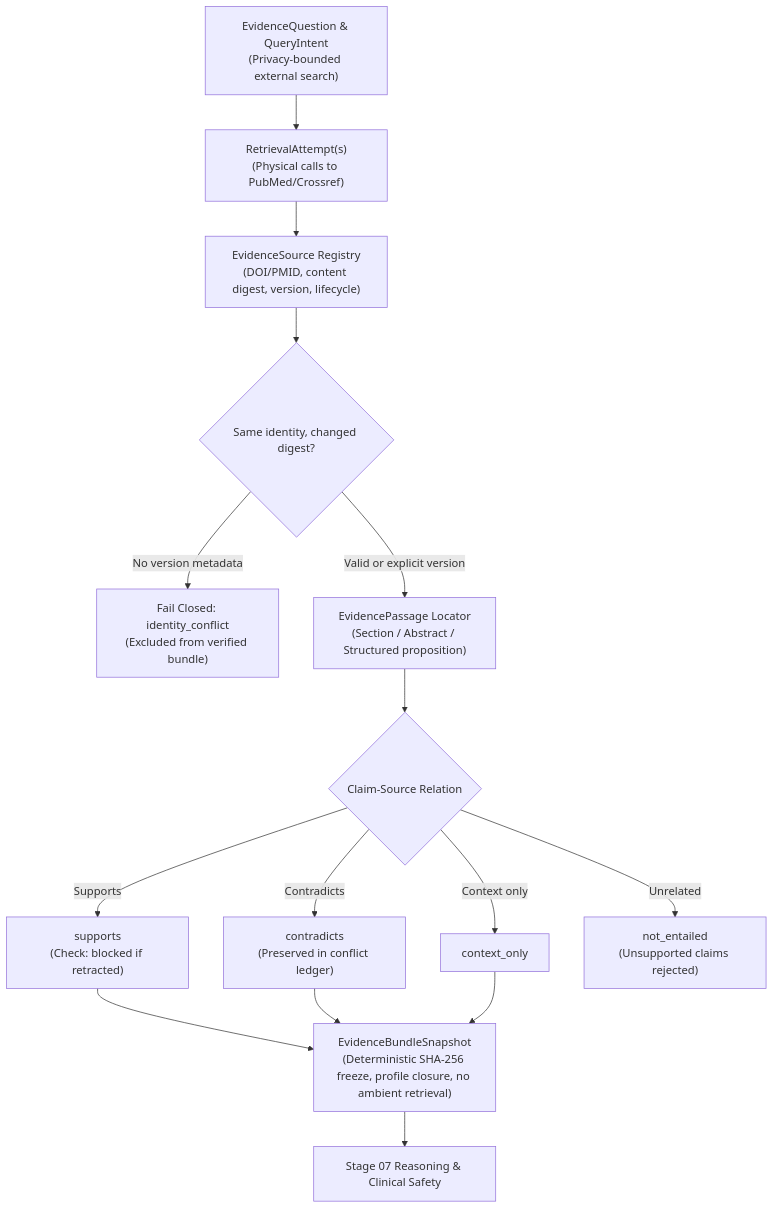
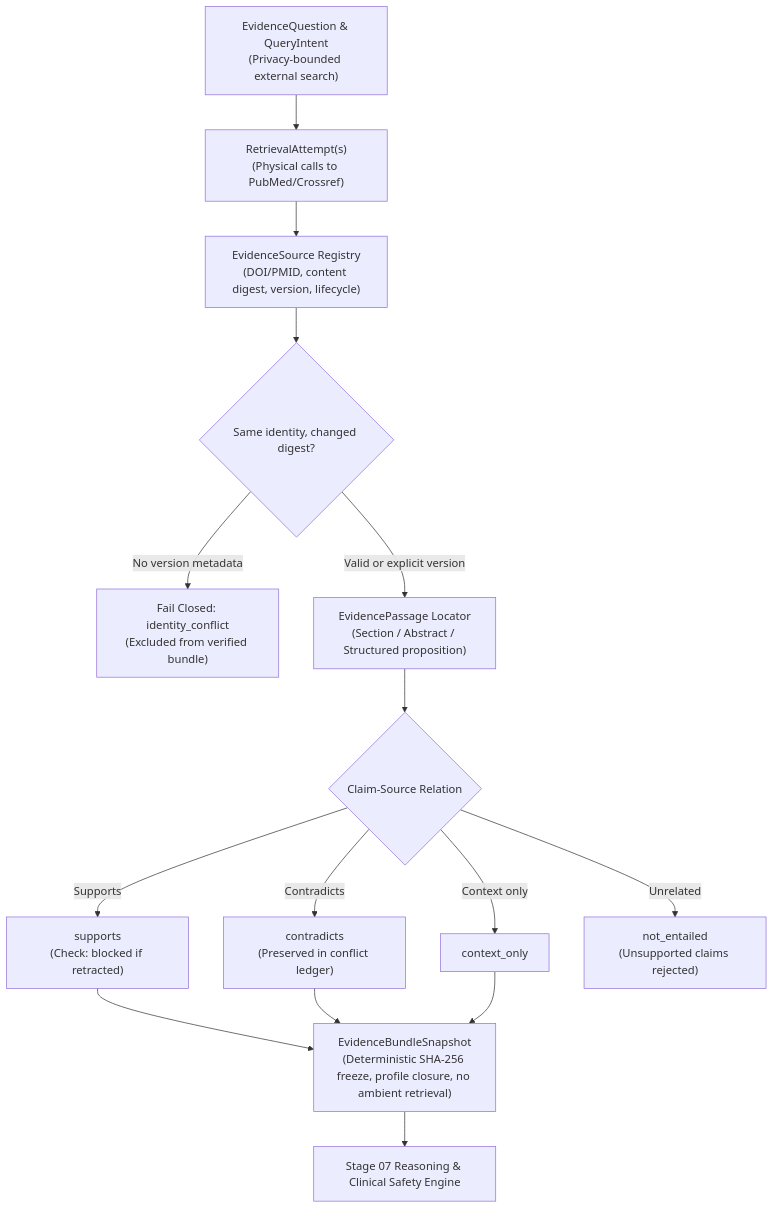
The eighth of 8 diagrams in README.md (DuyVuux/BiolyzerAgent), drawn with Mermaid before and after one commit. The commit also changed other lines of this file and 37 other files, not shown here.

````diff
--- a/README.md
+++ b/README.md
@@ -297,15 +300,15 @@
 ```mermaid
 flowchart TD
     Q["EvidenceQuestion & QueryIntent\n(Privacy-bounded external search)"] --> RA["RetrievalAttempt(s)\n(Physical calls to PubMed/Crossref)"]
     RA --> ES["EvidenceSource Registry\n(DOI/PMID, content digest, version, lifecycle)"]
     ES --> CollCheck{"Same identity, changed digest?"}
     CollCheck -->|No version metadata| FailClosed["Fail Closed: identity_conflict\n(Excluded from verified bundle)"]
     CollCheck -->|Valid or explicit version| Passages["EvidencePassage Locator\n(Section / Abstract / Structured proposition)"]
     Passages --> EntailCheck{"Claim-Source Relation"}
     EntailCheck -->|Supports| Sup["supports\n(Check: blocked if retracted)"]
     EntailCheck -->|Contradicts| Con["contradicts\n(Preserved in conflict ledger)"]
     EntailCheck -->|Context only| Ctx["context_only"]
     EntailCheck -->|Unrelated| NotEnt["not_entailed\n(Unsupported claims rejected)"]
     Sup & Con & Ctx --> Bundle["EvidenceBundleSnapshot\n(Deterministic SHA-256 freeze, profile closure, no ambient retrieval)"]
-    Bundle --> Stg7["Stage 07 Reasoning & Clinical Safety"]
+    Bundle --> Stg7["Stage 07 Reasoning & Clinical Safety Engine"]
 ```
````
